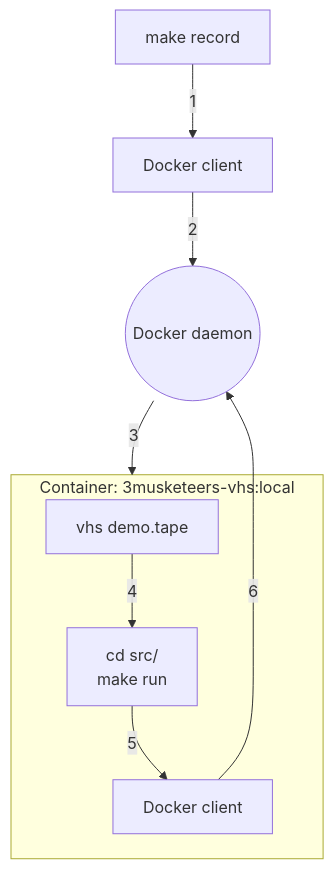
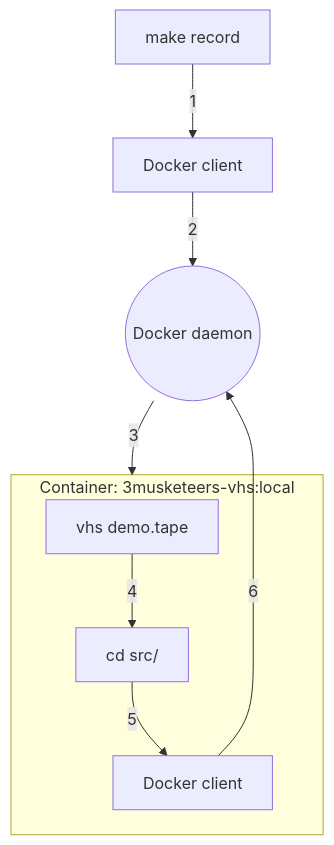
The diagram in vhs/README.md (flemay/3musketeers), drawn with Mermaid before and after one commit.

````diff
--- a/vhs/README.md
+++ b/vhs/README.md
@@ -24,12 +24,11 @@
 ```mermaid
 graph TB
     make-record[make record]-->|1|host-docker-client[Docker client]
     host-docker-client-->|2|docker-daemon((Docker daemon))
     subgraph vhs-local-container [Container: 3musketeers-vhs:local]
-    vhs[vhs demo.tape]-->|4|make-run[cd src/
-    make run]
+    vhs[vhs demo.tape]-->|4|make-run[cd src/]
     make-run-->|5|docker-client[Docker client]
     end
     docker-daemon-->|3|vhs-local-container
     docker-client-->|6|docker-daemon
 ```
````
